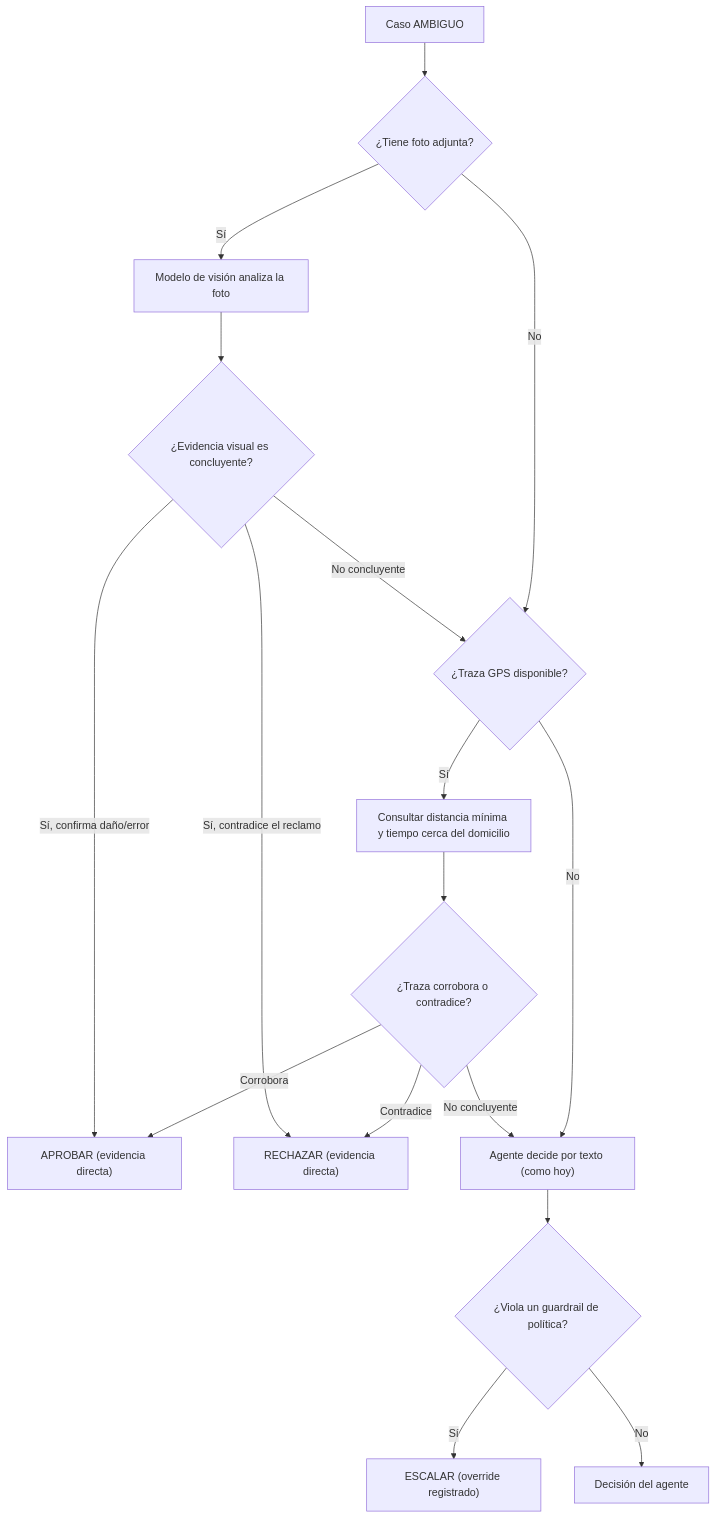
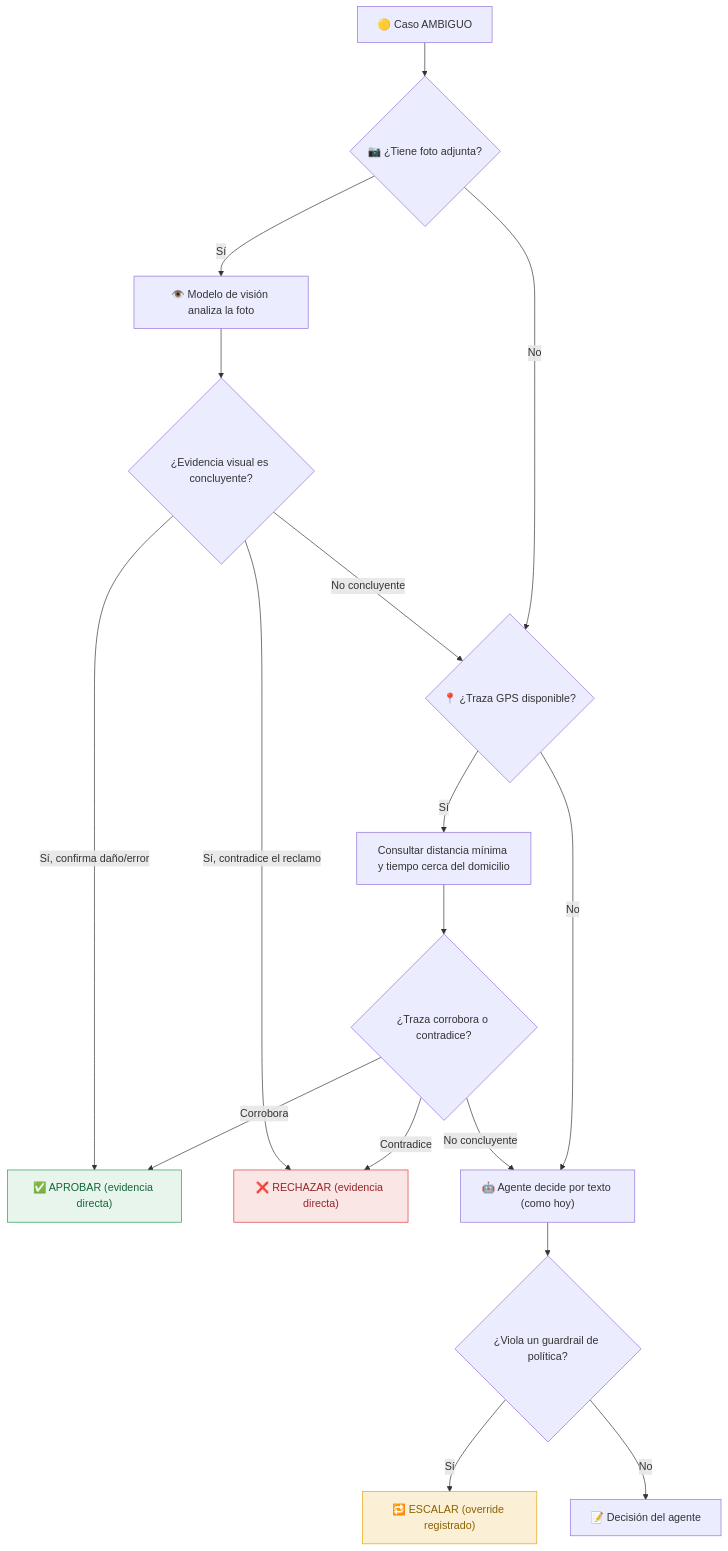
The fifth of 6 diagrams in docs/arquitectura.md (cataia-code/rappi-technical-challenge-case03), drawn with Mermaid before and after one commit. The commit also changed other lines of this file and 2 other files, not shown here.

First line of the commit message:
feat: make escalation diagrams more dynamic with icons and a dedicated image-analysis flow

````diff
--- a/docs/arquitectura.md
+++ b/docs/arquitectura.md
@@ -163,19 +169,25 @@
 ```mermaid
 flowchart TD
-    A["Caso AMBIGUO"] --> B{"¿Tiene foto adjunta?"}
-    B -- Sí --> C["Modelo de visión analiza la foto"]
+    A["🟡 Caso AMBIGUO"] --> B{"📷 ¿Tiene foto adjunta?"}
+    B -- Sí --> C["👁️ Modelo de visión analiza la foto"]
     C --> D{"¿Evidencia visual es concluyente?"}
-    D -- "Sí, confirma daño/error" --> E["APROBAR (evidencia directa)"]
-    D -- "Sí, contradice el reclamo" --> F["RECHAZAR (evidencia directa)"]
+    D -- "Sí, confirma daño/error" --> E["✅ APROBAR (evidencia directa)"]
+    D -- "Sí, contradice el reclamo" --> F["❌ RECHAZAR (evidencia directa)"]
     D -- No concluyente --> G
-    B -- No --> G{"¿Traza GPS disponible?"}
+    B -- No --> G{"📍 ¿Traza GPS disponible?"}
     G -- Sí --> H["Consultar distancia mínima y tiempo cerca del domicilio"]
     H --> I{"¿Traza corrobora o contradice?"}
     I -- Corrobora --> E
     I -- Contradice --> F
-    I -- No concluyente --> J["Agente decide por texto (como hoy)"]
+    I -- No concluyente --> J["🤖 Agente decide por texto (como hoy)"]
     G -- No --> J
     J --> K{"¿Viola un guardrail de política?"}
-    K -- Sí --> L["ESCALAR (override registrado)"]
-    K -- No --> M["Decisión del agente"]
+    K -- Sí --> L["🔁 ESCALAR (override registrado)"]
+    K -- No --> M["📝 Decisión del agente"]
+    classDef approve fill:#E7F5EC,color:#14663a,stroke:#1F9D57
+    classDef reject fill:#FBE6E6,color:#932528,stroke:#D93A3A
+    classDef escalate fill:#FBF0D6,color:#8a6200,stroke:#E8A400
+    class E approve
+    class F reject
+    class L escalate
 ```
````
